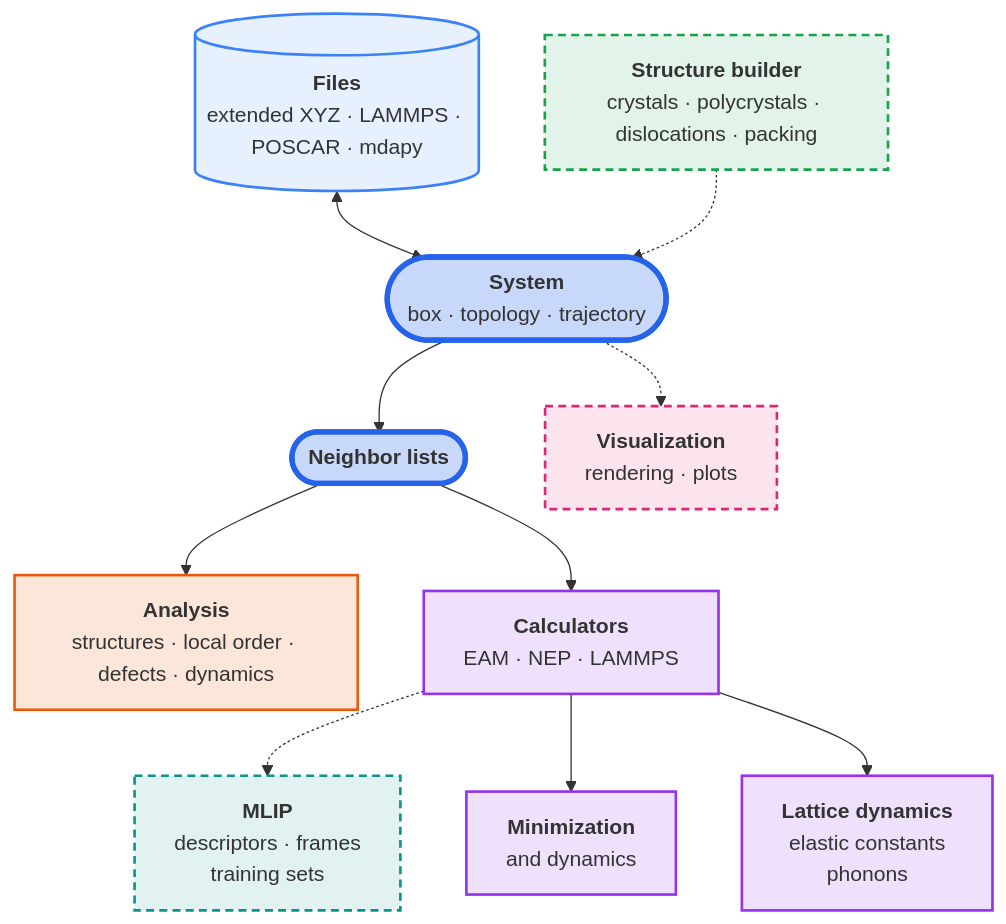
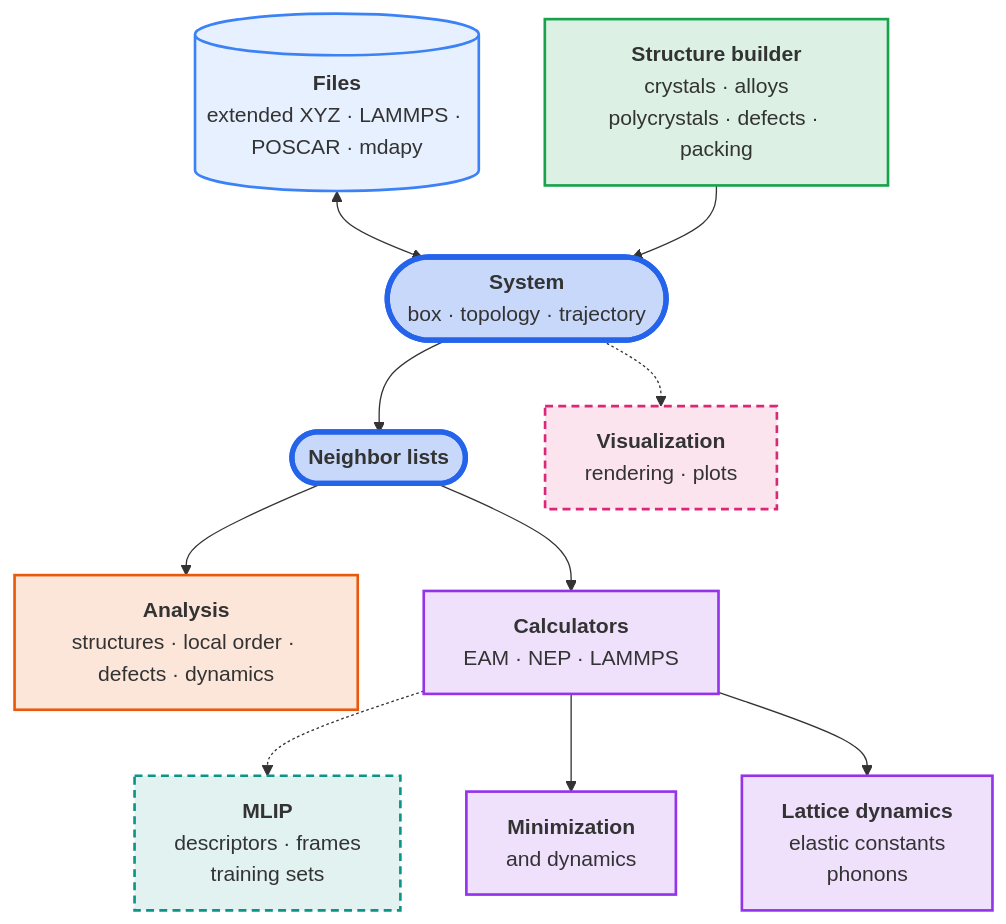
Before and after one commit to mushroomfire/mdapy: the diagram in docs/index.md, drawn with Mermaid. The commit also changed other lines of this file and 20 other files, not shown here.

First line of the commit message:
Build crystals of fifteen structures along any directions, and random alloys

````diff
--- a/docs/index.md
+++ b/docs/index.md
@@ -26,38 +26,38 @@
 ```mermaid
 flowchart TB
     files[("<b>Files</b><br/>extended XYZ · LAMMPS · POSCAR · mdapy")]
-    build["<b>Structure builder</b><br/>crystals · polycrystals · dislocations · packing"]
+    build["<b>Structure builder</b><br/>crystals · alloys<br/>polycrystals · defects · packing"]
     system(["<b>System</b><br/>box · topology · trajectory"])
     neighbors(["<b>Neighbor lists</b>"])
     visual["<b>Visualization</b><br/>rendering · plots"]
     mlip["<b>MLIP</b><br/>descriptors · frames<br/>training sets"]
     analysis["<b>Analysis</b><br/>structures · local order · defects · dynamics"]
     calculators["<b>Calculators</b><br/>EAM · NEP · LAMMPS"]
     minimization["<b>Minimization</b><br/>and dynamics"]
     lattice["<b>Lattice dynamics</b><br/>elastic constants<br/>phonons"]
 
     files <--> system
-    build -.-> system
+    build --> system
     system --> neighbors
     system -.-> visual
     calculators -.-> mlip
     neighbors --> analysis
     neighbors --> calculators
     calculators --> minimization
     calculators --> lattice
 
     classDef core fill:#2563eb40,stroke:#2563eb,stroke-width:4px
     classDef data fill:#3b82f61f,stroke:#3b82f6,stroke-width:2px
     classDef analysis fill:#ea580c26,stroke:#ea580c,stroke-width:2px
     classDef simulation fill:#9333ea26,stroke:#9333ea,stroke-width:2px
-    classDef build fill:#16a34a1f,stroke:#16a34a,stroke-width:2px,stroke-dasharray:6 4
+    classDef build fill:#16a34a26,stroke:#16a34a,stroke-width:2px
     classDef visual fill:#db27771f,stroke:#db2777,stroke-width:2px,stroke-dasharray:6 4
     classDef mlip fill:#0d94881f,stroke:#0d9488,stroke-width:2px,stroke-dasharray:6 4
     class system,neighbors core
     class files data
     class analysis analysis
     class calculators,minimization,lattice simulation
     class build build
     class visual visual
     class mlip mlip
 ```
````
